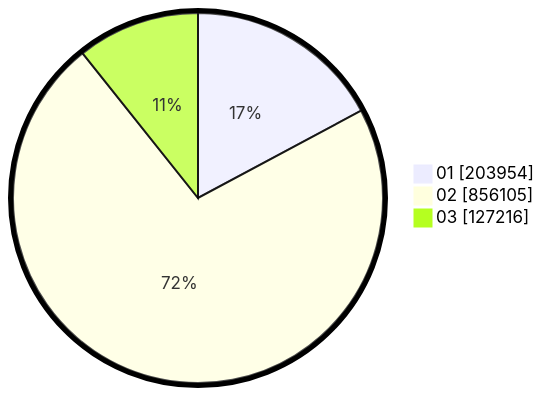
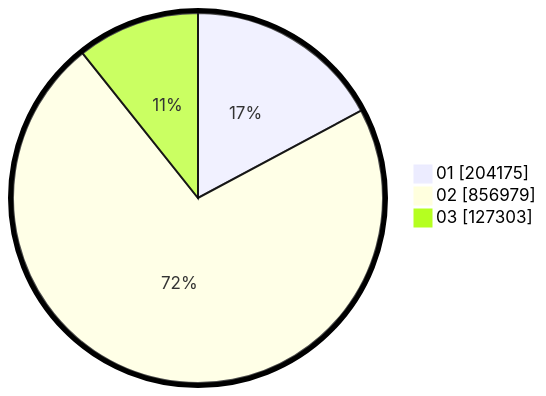
Before and after one commit to gigit-pemilu/pemilu-2024: the second of 2 diagrams in pilpres/hitung-suara/sub/table-wilayah-62.md, drawn with Mermaid. The commit also changed other lines of this file and 7 other files, not shown here.

````diff
--- a/pilpres/hitung-suara/sub/table-wilayah-62.md
+++ b/pilpres/hitung-suara/sub/table-wilayah-62.md
@@ -15,7 +15,7 @@
 ```mermaid
 %%{init: {"pie": {"textPosition": 0.5}, "themeVariables": {"pieOuterStrokeWidth": "5px"}} }%%
 pie showData
-    "01" : 203954
-    "02" : 856105
-    "03" : 127216
+    "01" : 204175
+    "02" : 856979
+    "03" : 127303
 ```
````
